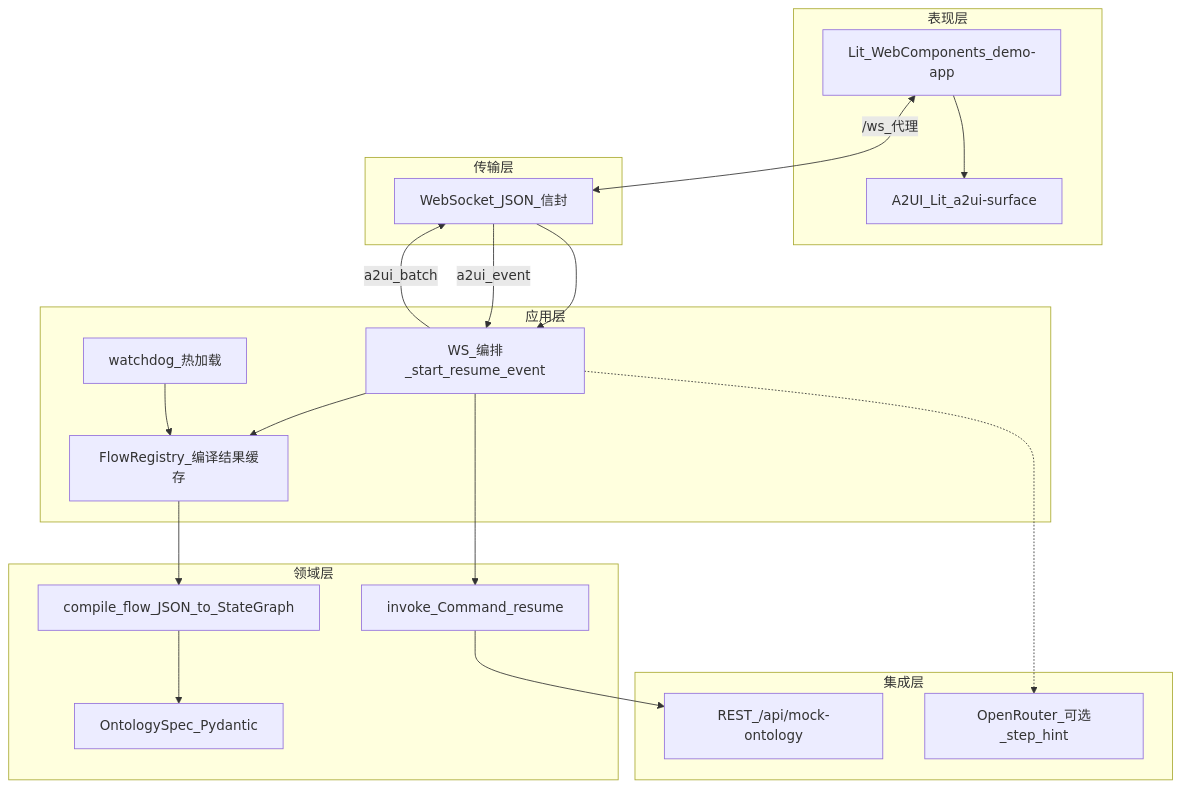
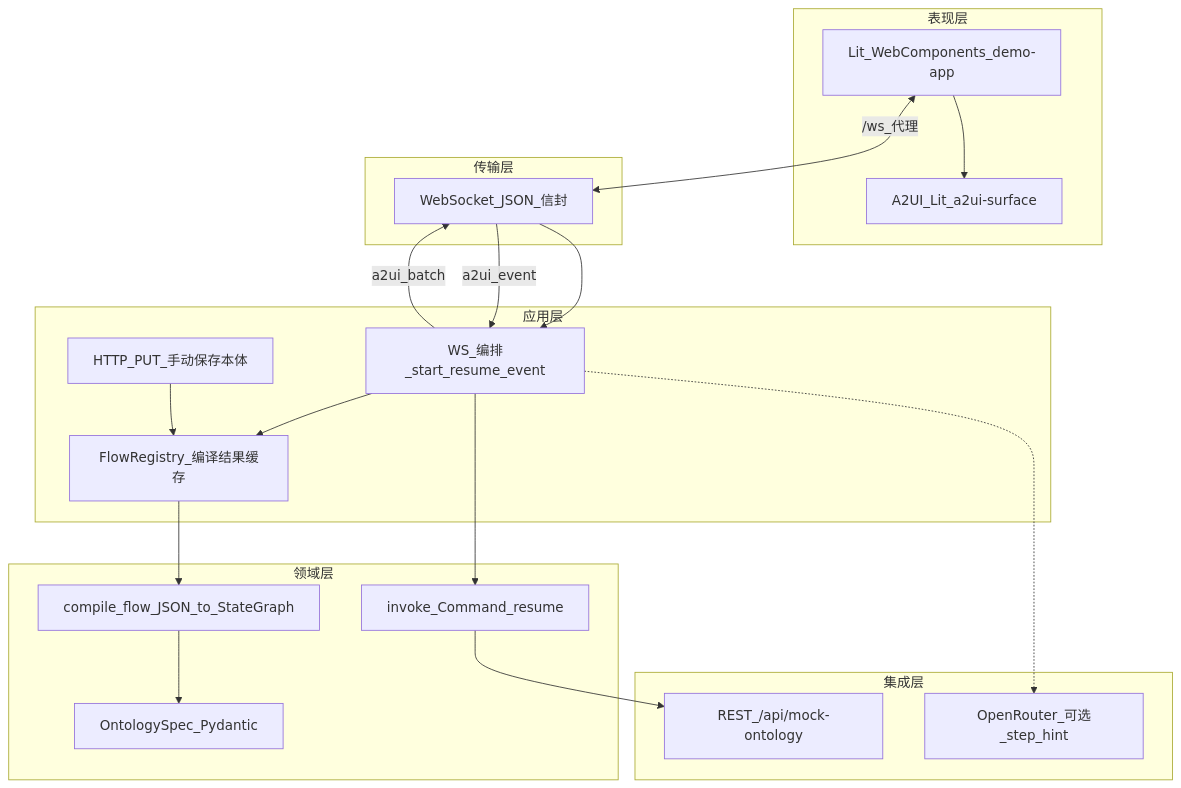
Before and after one commit to qwang1990/a2ui-demo: the first of 8 diagrams in docs/DESIGN.md, drawn with Mermaid. The commit also changed other lines of this file and 32 other files, not shown here.

First line of the commit message:
【design-005】设计文档第11章复盘与时序图；本体校验热加载、LangGraph 编排、A2UI 联调与单测

````diff
--- a/docs/DESIGN.md
+++ b/docs/DESIGN.md
@@ -24,36 +24,36 @@
 ```mermaid
 flowchart TB
   subgraph presentation [表现层]
     FE[Lit_WebComponents_demo-app]
     A2R[A2UI_Lit_a2ui-surface]
     FE --> A2R
   end
   subgraph transport [传输层]
     WS[WebSocket_JSON_信封]
   end
   subgraph application [应用层]
     ORCH[WS_编排_start_resume_event]
     REG[FlowRegistry_编译结果缓存]
-    HOT[watchdog_热加载]
+    HOT[HTTP_PUT_手动保存本体]
   end
   subgraph domain [领域层]
     SPEC[OntologySpec_Pydantic]
     CMP[compile_flow_JSON_to_StateGraph]
     RUN[invoke_Command_resume]
   end
   subgraph integration [集成层]
     MOCK["REST_/api/mock-ontology"]
     LLM[OpenRouter_可选_step_hint]
   end
   FE <-->|/ws_代理| WS
   WS --> ORCH
   ORCH --> REG
   ORCH --> RUN
   HOT --> REG
   REG --> CMP
   CMP --> SPEC
   RUN --> MOCK
   ORCH -.-> LLM
   ORCH -->|a2ui_batch| WS
   WS -->|a2ui_event| ORCH
 ```
````
